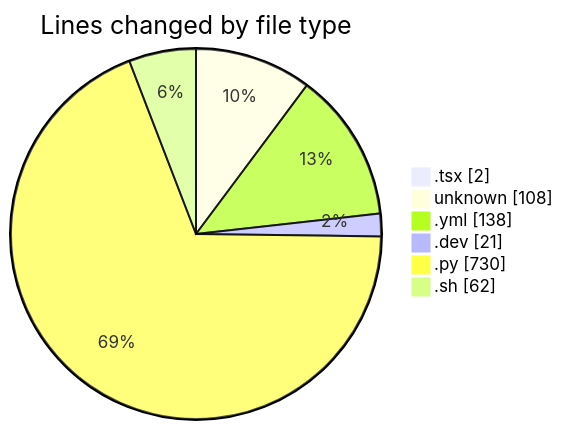
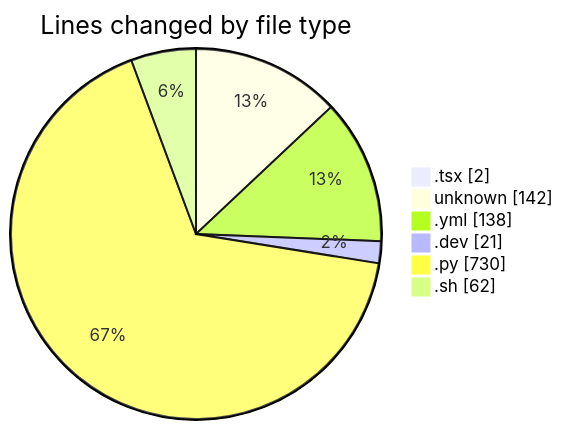
One commit to Elitesun/code-tracking changed the first of 2 diagrams in 2025-05-18/niten/README.md. Above: the diagram before and after it, drawn with Mermaid. The commit also changed other lines of this file and 1 other file, not shown here.

````diff
--- a/2025-05-18/niten/README.md
+++ b/2025-05-18/niten/README.md
@@ -27,10 +28,10 @@
 ```mermaid
 pie showData
 title Lines changed by file type
 ".tsx" : 2
-"unknown" : 108
+"unknown" : 142
 ".yml" : 138
 ".dev" : 21
 ".py" : 730
 ".sh" : 62
 ```
````
